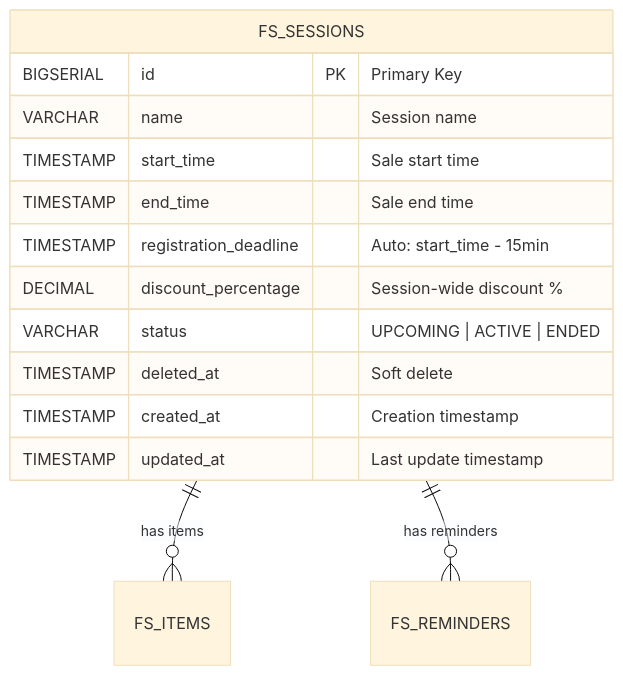
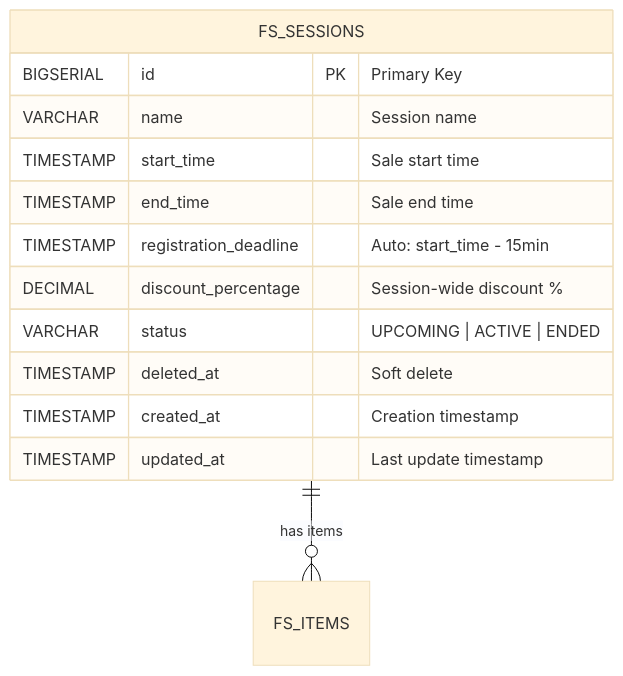
One commit to ldqanh1408/stealing-from-paradise changed the diagram in documents/data-models/flashsale-service/entity-fs-session.md. Above: the diagram before and after it, drawn with Mermaid (base theme). The commit also changed other lines of this file and 326 other files, not shown here.

````diff
--- a/documents/data-models/flashsale-service/entity-fs-session.md
+++ b/documents/data-models/flashsale-service/entity-fs-session.md
@@ -12,18 +12,17 @@
 ```mermaid
 erDiagram
     FS_SESSIONS {
         BIGSERIAL id PK "Primary Key"
         VARCHAR name "Session name"
         TIMESTAMP start_time "Sale start time"
         TIMESTAMP end_time "Sale end time"
         TIMESTAMP registration_deadline "Auto: start_time - 15min"
         DECIMAL discount_percentage "Session-wide discount %"
         VARCHAR status "UPCOMING | ACTIVE | ENDED"
         TIMESTAMP deleted_at "Soft delete"
         TIMESTAMP created_at "Creation timestamp"
         TIMESTAMP updated_at "Last update timestamp"
     }
 
     FS_SESSIONS ||--o{ FS_ITEMS : "has items"
-    FS_SESSIONS ||--o{ FS_REMINDERS : "has reminders"
 ```
````
